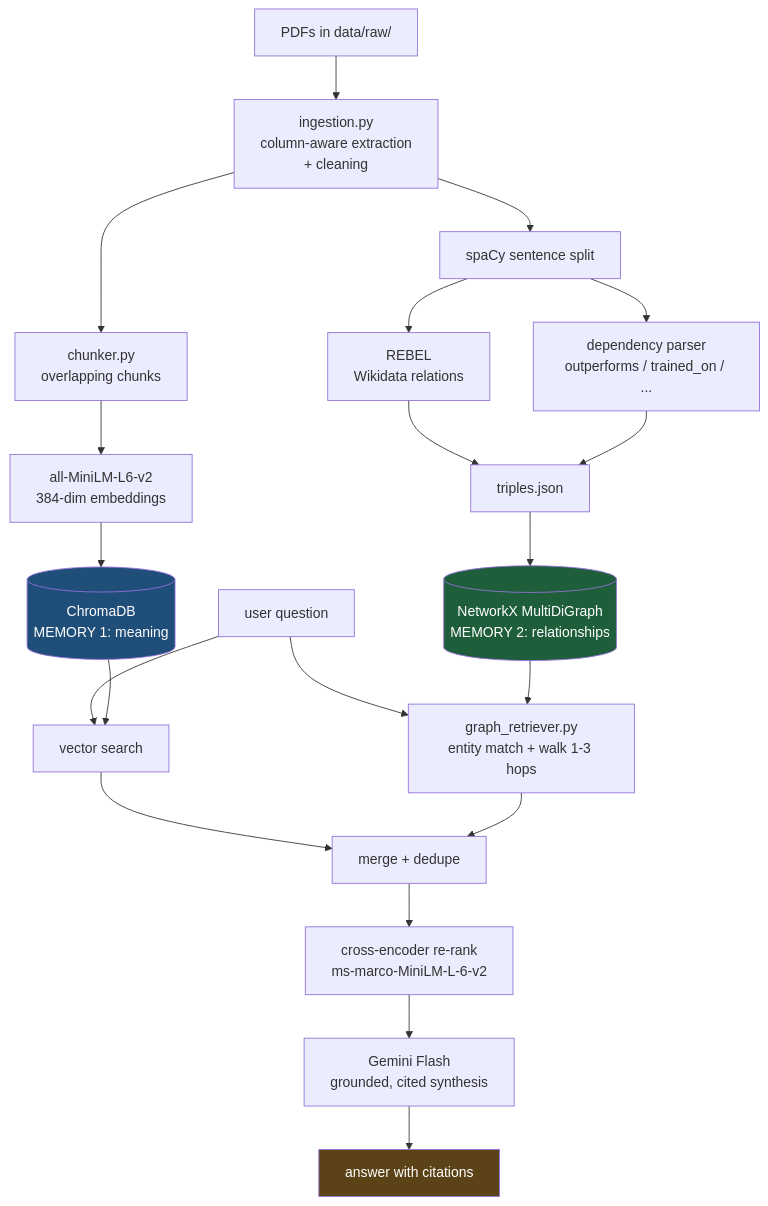
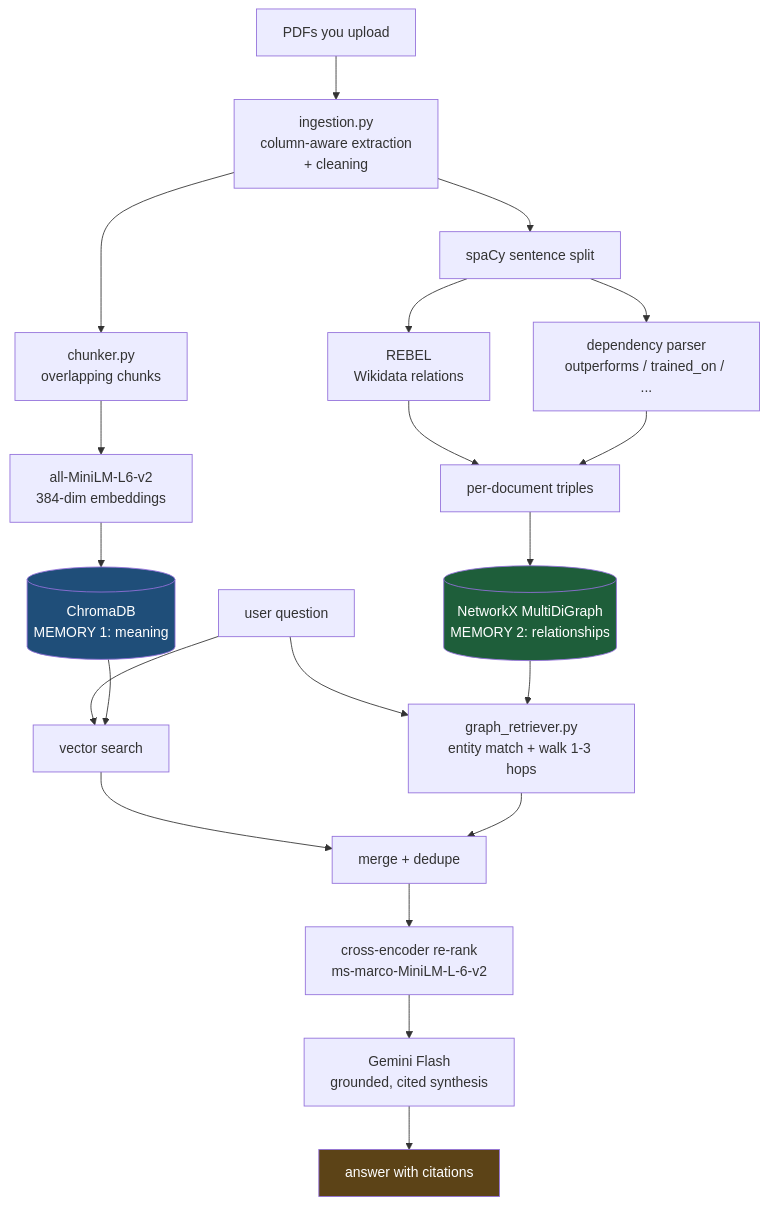
The diagram in README.md (Jaydeep-K18/ResearchLens), drawn with Mermaid before and after one commit. The commit also changed other lines of this file and 7 other files, not shown here.

````diff
--- a/README.md
+++ b/README.md
@@ -54,33 +57,33 @@
 ```mermaid
 flowchart TD
-    PDF[PDFs in data/raw/]
+    PDF[PDFs you upload]
 
     PDF --> ING[ingestion.py<br/>column-aware extraction<br/>+ cleaning]
 
     ING --> CH[chunker.py<br/>overlapping chunks]
     ING --> SENT[spaCy sentence split]
 
     CH --> EMB[all-MiniLM-L6-v2<br/>384-dim embeddings]
     EMB --> VS[(ChromaDB<br/>MEMORY 1: meaning)]
 
     SENT --> REB[REBEL<br/>Wikidata relations]
     SENT --> DOM[dependency parser<br/>outperforms / trained_on / ...]
-    REB --> TR[triples.json]
+    REB --> TR[per-document triples]
     DOM --> TR
     TR --> KG[(NetworkX MultiDiGraph<br/>MEMORY 2: relationships)]
 
     Q[user question] --> VR[vector search]
     Q --> GR[graph_retriever.py<br/>entity match + walk 1-3 hops]
     VS --> VR
     KG --> GR
 
     VR --> MG[merge + dedupe]
     GR --> MG
     MG --> RR[cross-encoder re-rank<br/>ms-marco-MiniLM-L-6-v2]
     RR --> SY[Gemini Flash<br/>grounded, cited synthesis]
     SY --> ANS[answer with citations]
 
     style VS fill:#1f4e79,color:#fff
     style KG fill:#1e5e3a,color:#fff
     style ANS fill:#5c4317,color:#fff
 ```
````
